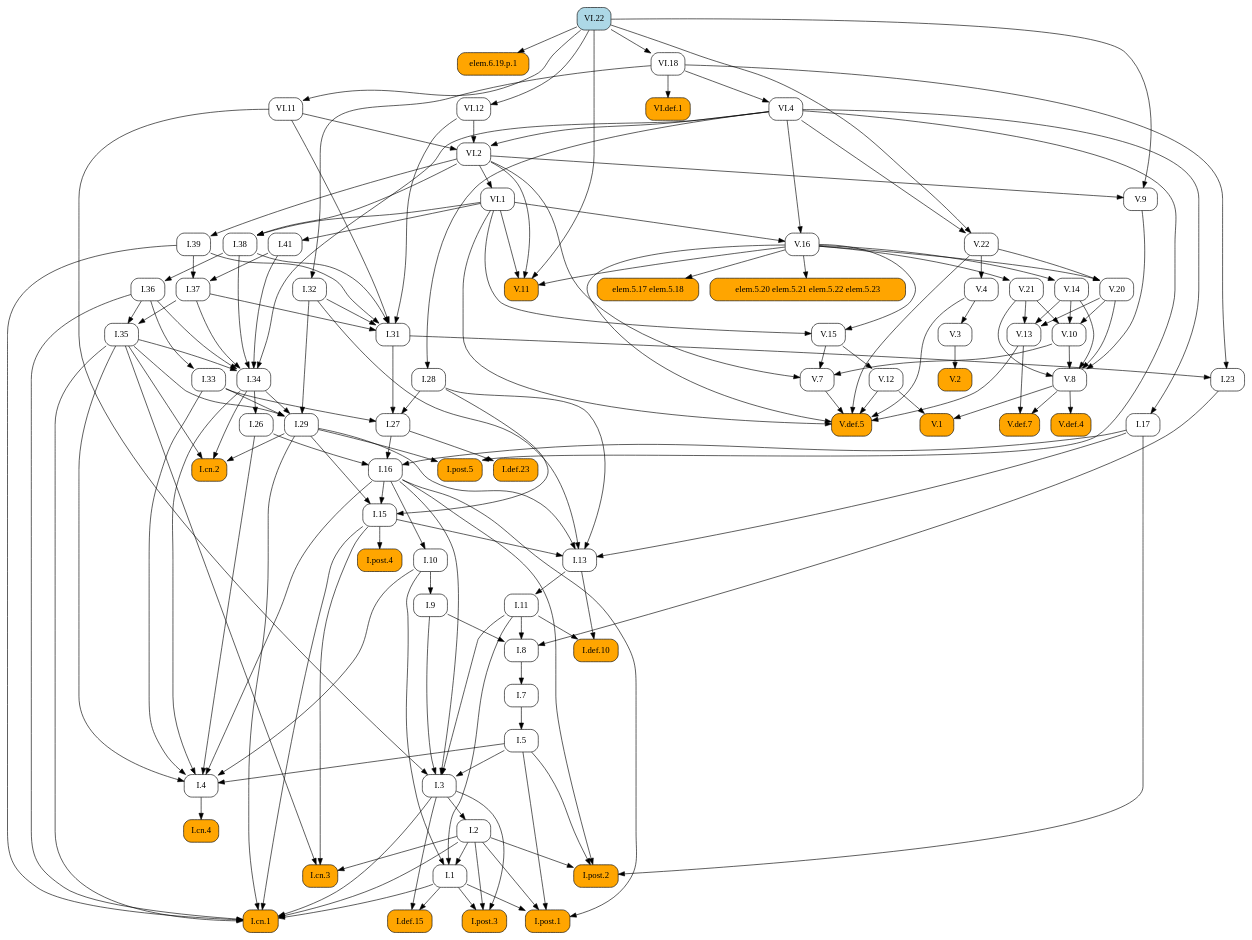
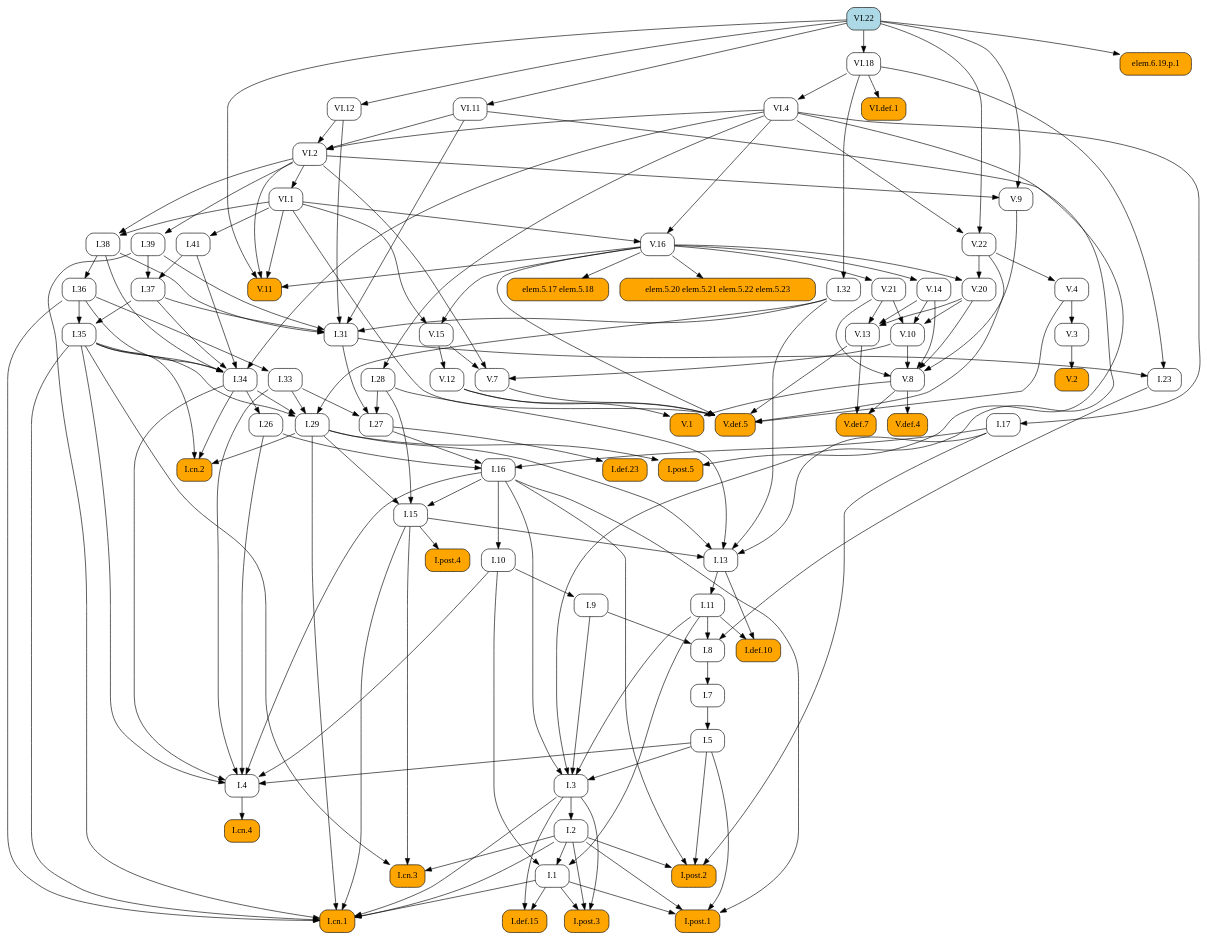
The diagram in docsrc/elements2/VI/22/index.rst (geometor/elements), drawn with Graphviz before and after one commit. The commit also changed other lines of this file and 409 other files, not shown here.

First line of the commit message:
feat: Add image cropping and graphic extraction script

```diff
--- a/docsrc/elements2/VI/22/index.rst
+++ b/docsrc/elements2/VI/22/index.rst
@@ -93,206 +93,101 @@
    digraph {
      rankdir="TB";
      node [shape=box, style=rounded];
-     "V.20" [URL="/elements2/V/20/", target="_top"];
+     "I.31" [URL="/elements2/I/31/", target="_top"];
+     "I.41" [URL="/elements2/I/41/", target="_top"];
+     "V.10" [URL="/elements2/V/10/", target="_top"];
      "I.8" [URL="/elements2/I/8/", target="_top"];
-     "I.36" [URL="/elements2/I/36/", target="_top"];
-     "V.def.5" [style="rounded,filled", fillcolor=orange, URL="/elements2/V/def.5/", target="_top"];
-     "I.38" [URL="/elements2/I/38/", target="_top"];
-     "I.post.5" [style="rounded,filled", fillcolor=orange, URL="/elements2/I/post.5/", target="_top"];
-     "I.def.10" [style="rounded,filled", fillcolor=orange, URL="/elements2/I/def.10/", target="_top"];
-     "I.cn.2" [style="rounded,filled", fillcolor=orange, URL="/elements2/I/cn.2/", target="_top"];
-     "elem.6.19.p.1" [style="rounded,filled", fillcolor=orange];
-     "VI.11" [URL="/elements2/VI/11/", target="_top"];
-     "I.31" [URL="/elements2/I/31/", target="_top"];
-     "I.post.2" [style="rounded,filled", fillcolor=orange, URL="/elements2/I/post.2/", target="_top"];
-     "I.def.23" [style="rounded,filled", fillcolor=orange, URL="/elements2/I/def.23/", target="_top"];
+     "V.8" [URL="/elements2/V/8/", target="_top"];
+     "VI.1" [URL="/elements2/VI/1/", target="_top"];
+     "I.15" [URL="/elements2/I/15/", target="_top"];
      "I.26" [URL="/elements2/I/26/", target="_top"];
-     "VI.22" [style="rounded,filled", fillcolor=lightblue, URL="/elements2/VI/22/", target="_top"];
-     "V.3" [URL="/elements2/V/3/", target="_top"];
-     "I.cn.3" [style="rounded,filled", fillcolor=orange, URL="/elements2/I/cn.3/", target="_top"];
-     "V.2" [style="rounded,filled", fillcolor=orange, URL="/elements2/V/2/", target="_top"];
-     "V.12" [URL="/elements2/V/12/", target="_top"];
-     "V.22" [URL="/elements2/V/22/", target="_top"];
-     "VI.18" [URL="/elements2/VI/18/", target="_top"];
-     "I.41" [URL="/elements2/I/41/", target="_top"];
-     "I.35" [URL="/elements2/I/35/", target="_top"];
-     "I.28" [URL="/elements2/I/28/", target="_top"];
-     "I.27" [URL="/elements2/I/27/", target="_top"];
-     "I.4" [URL="/elements2/I/4/", target="_top"];
-     "V.8" [URL="/elements2/V/8/", target="_top"];
-     "VI.2" [URL="/elements2/VI/2/", target="_top"];
-     "I.39" [URL="/elements2/I/39/", target="_top"];
-     "I.15" [URL="/elements2/I/15/", target="_top"];
-     "I.34" [URL="/elements2/I/34/", target="_top"];
-     "I.post.3" [style="rounded,filled", fillcolor=orange, URL="/elements2/I/post.3/", target="_top"];
-     "I.32" [URL="/elements2/I/32/", target="_top"];
-     "VI.12" [URL="/elements2/VI/12/", target="_top"];
-     "V.def.4" [style="rounded,filled", fillcolor=orange, URL="/elements2/V/def.4/", target="_top"];
-     "I.post.1" [style="rounded,filled", fillcolor=orange, URL="/elements2/I/post.1/", target="_top"];
-     "I.33" [URL="/elements2/I/33/", target="_top"];
-     "I.5" [URL="/elements2/I/5/", target="_top"];
-     "elem.5.17 elem.5.18" [style="rounded,filled", fillcolor=orange];
-     "V.13" [URL="/elements2/V/13/", target="_top"];
-     "V.11" [style="rounded,filled", fillcolor=orange, URL="/elements2/V/11/", target="_top"];
-     "VI.1" [URL="/elements2/VI/1/", target="_top"];
-     "V.9" [URL="/elements2/V/9/", target="_top"];
-     "I.def.15" [style="rounded,filled", fillcolor=orange, URL="/elements2/I/def.15/", target="_top"];
-     "V.16" [URL="/elements2/V/16/", target="_top"];
-     "V.15" [URL="/elements2/V/15/", target="_top"];
-     "I.11" [URL="/elements2/I/11/", target="_top"];
-     "I.3" [URL="/elements2/I/3/", target="_top"];
-     "V.14" [URL="/elements2/V/14/", target="_top"];
-     "VI.4" [URL="/elements2/VI/4/", target="_top"];
-     "V.10" [URL="/elements2/V/10/", target="_top"];
-     "I.1" [URL="/elements2/I/1/", target="_top"];
-     "I.cn.4" [style="rounded,filled", fillcolor=orange, URL="/elements2/I/cn.4/", target="_top"];
-     "I.23" [URL="/elements2/I/23/", target="_top"];
-     "I.7" [URL="/elements2/I/7/", target="_top"];
-     "I.17" [URL="/elements2/I/17/", target="_top"];
-     "I.9" [URL="/elements2/I/9/", target="_top"];
-     "V.1" [style="rounded,filled", fillcolor=orange, URL="/elements2/V/1/", target="_top"];
      "I.cn.1" [style="rounded,filled", fillcolor=orange, URL="/elements2/I/cn.1/", target="_top"];
      "elem.5.20 elem.5.21 elem.5.22 elem.5.23" [style="rounded,filled", fillcolor=orange];
+     "VI.11" [URL="/elements2/VI/11/", target="_top"];
+     "I.28" [URL="/elements2/I/28/", target="_top"];
+     "V.def.5" [style="rounded,filled", fillcolor=orange, URL="/elements2/V/def.5/", target="_top"];
+     "I.16" [URL="/elements2/I/16/", target="_top"];
+     "I.35" [URL="/elements2/I/35/", target="_top"];
+     "I.34" [URL="/elements2/I/34/", target="_top"];
+     "elem.6.19.p.1" [style="rounded,filled", fillcolor=orange];
+     "VI.18" [URL="/elements2/VI/18/", target="_top"];
+     "VI.4" [URL="/elements2/VI/4/", target="_top"];
+     "I.33" [URL="/elements2/I/33/", target="_top"];
+     "V.15" [URL="/elements2/V/15/", target="_top"];
+     "VI.12" [URL="/elements2/VI/12/", target="_top"];
+     "V.4" [URL="/elements2/V/4/", target="_top"];
+     "V.3" [URL="/elements2/V/3/", target="_top"];
+     "I.def.15" [style="rounded,filled", fillcolor=orange, URL="/elements2/I/def.15/", target="_top"];
+     "V.14" [URL="/elements2/V/14/", target="_top"];
+     "elem.5.17 elem.5.18" [style="rounded,filled", fillcolor=orange];
+     "I.11" [URL="/elements2/I/11/", target="_top"];
+     "V.11" [style="rounded,filled", fillcolor=orange, URL="/elements2/V/11/", target="_top"];
+     "I.cn.3" [style="rounded,filled", fillcolor=orange, URL="/elements2/I/cn.3/", target="_top"];
+     "VI.22" [style="rounded,filled", fillcolor=lightblue, URL="/elements2/VI/22/", target="_top"];
+     "I.9" [URL="/elements2/I/9/", target="_top"];
+     "I.29" [URL="/elements2/I/29/", target="_top"];
+     "V.13" [URL="/elements2/V/13/", target="_top"];
+     "I.36" [URL="/elements2/I/36/", target="_top"];
+     "I.post.1" [style="rounded,filled", fillcolor=orange, URL="/elements2/I/post.1/", target="_top"];
+     "V.def.4" [style="rounded,filled", fillcolor=orange, URL="/elements2/V/def.4/", target="_top"];
+     "VI.2" [URL="/elements2/VI/2/", target="_top"];
+     "I.27" [URL="/elements2/I/27/", target="_top"];
+     "V.1" [style="rounded,filled", fillcolor=orange, URL="/elements2/V/1/", target="_top"];
+     "I.cn.4" [style="rounded,filled", fillcolor=orange, URL="/elements2/I/cn.4/", target="_top"];
+     "I.post.4" [style="rounded,filled", fillcolor=orange, URL="/elements2/I/post.4/", target="_top"];
+     "I.cn.2" [style="rounded,filled", fillcolor=orange, URL="/elements2/I/cn.2/", target="_top"];
      "V.7" [URL="/elements2/V/7/", target="_top"];
-     "I.29" [URL="/elements2/I/29/", target="_top"];
-     "I.16" [URL="/elements2/I/16/", target="_top"];
+     "I.37" [URL="/elements2/I/37/", target="_top"];
+     "V.21" [URL="/elements2/V/21/", target="_top"];
+     "I.5" [URL="/elements2/I/5/", target="_top"];
+     "V.def.7" [style="rounded,filled", fillcolor=orange, URL="/elements2/V/def.7/", target="_top"];
+     "I.17" [URL="/elements2/I/17/", target="_top"];
+     "V.12" [URL="/elements2/V/12/", target="_top"];
+     "I.32" [URL="/elements2/I/32/", target="_top"];
+     "I.7" [URL="/elements2/I/7/", target="_top"];
+     "I.23" [URL="/elements2/I/23/", target="_top"];
+     "V.9" [URL="/elements2/V/9/", target="_top"];
+     "V.2" [style="rounded,filled", fillcolor=orange, URL="/elements2/V/2/", target="_top"];
+     "I.38" [URL="/elements2/I/38/", target="_top"];
+     "V.20" [URL="/elements2/V/20/", target="_top"];
+     "I.def.23" [style="rounded,filled", fillcolor=orange, URL="/elements2/I/def.23/", target="_top"];
+     "I.def.10" [style="rounded,filled", fillcolor=orange, URL="/elements2/I/def.10/", target="_top"];
+     "V.16" [URL="/elements2/V/16/", target="_top"];
+     "I.post.5" [style="rounded,filled", fillcolor=orange, URL="/elements2/I/post.5/", target="_top"];
+     "I.3" [URL="/elements2/I/3/", target="_top"];
+     "I.10" [URL="/elements2/I/10/", target="_top"];
      "I.13" [URL="/elements2/I/13/", target="_top"];
-     "V.21" [URL="/elements2/V/21/", target="_top"];
-     "I.post.4" [style="rounded,filled", fillcolor=orange, URL="/elements2/I/post.4/", target="_top"];
+     "I.post.3" [style="rounded,filled", fillcolor=orange, URL="/elements2/I/post.3/", target="_top"];
+     "I.4" [URL="/elements2/I/4/", target="_top"];
+     "I.39" [URL="/elements2/I/39/", target="_top"];
+     "I.2" [URL="/elements2/I/2/", target="_top"];
      "VI.def.1" [style="rounded,filled", fillcolor=orange, URL="/elements2/VI/def.1/", target="_top"];
-     "I.2" [URL="/elements2/I/2/", target="_top"];
-     "I.37" [URL="/elements2/I/37/", target="_top"];
-     "I.10" [URL="/elements2/I/10/", target="_top"];
-     "V.def.7" [style="rounded,filled", fillcolor=orange, URL="/elements2/V/def.7/", target="_top"];
-     "V.4" [URL="/elements2/V/4/", target="_top"];
-     "V.16" -> "V.20";
-     "V.22" -> "V.20";
-     "I.9" -> "I.8";
-     "I.11" -> "I.8";
-     "I.23" -> "I.8";
-     "I.38" -> "I.36";
-     "V.4" -> "V.def.5";
-     "V.7" -> "V.def.5";
-     "V.12" -> "V.def.5";
-     "V.13" -> "V.def.5";
-     "V.16" -> "V.def.5";
-     "V.22" -> "V.def.5";
-     "VI.1" -> "V.def.5";
-     "VI.1" -> "I.38";
-     "VI.2" -> "I.38";
-     "I.29" -> "I.post.5";
-     "VI.4" -> "I.post.5";
-     "I.11" -> "I.def.10";
-     "I.13" -> "I.def.10";
-     "I.29" -> "I.cn.2";
-     "I.34" -> "I.cn.2";
-     "I.35" -> "I.cn.2";
-     "VI.22" -> "elem.6.19.p.1";
-     "VI.22" -> "VI.11";
+     "I.1" [URL="/elements2/I/1/", target="_top"];
+     "I.post.2" [style="rounded,filled", fillcolor=orange, URL="/elements2/I/post.2/", target="_top"];
+     "V.22" [URL="/elements2/V/22/", target="_top"];
      "I.32" -> "I.31";
      "I.37" -> "I.31";
      "I.38" -> "I.31";
      "I.39" -> "I.31";
      "VI.11" -> "I.31";
      "VI.12" -> "I.31";
-     "I.2" -> "I.post.2";
-     "I.5" -> "I.post.2";
-     "I.16" -> "I.post.2";
-     "I.17" -> "I.post.2";
-     "I.27" -> "I.def.23";
-     "I.34" -> "I.26";
-     "V.4" -> "V.3";
-     "I.2" -> "I.cn.3";
-     "I.15" -> "I.cn.3";
-     "I.35" -> "I.cn.3";
-     "V.3" -> "V.2";
-     "V.15" -> "V.12";
-     "VI.4" -> "V.22";
-     "VI.22" -> "V.22";
-     "VI.22" -> "VI.18";
      "VI.1" -> "I.41";
-     "I.36" -> "I.35";
-     "I.37" -> "I.35";
-     "VI.4" -> "I.28";
-     "I.28" -> "I.27";
-     "I.31" -> "I.27";
-     "I.33" -> "I.27";
-     "I.5" -> "I.4";
-     "I.10" -> "I.4";
-     "I.16" -> "I.4";
-     "I.26" -> "I.4";
-     "I.33" -> "I.4";
-     "I.34" -> "I.4";
-     "I.35" -> "I.4";
+     "V.14" -> "V.10";
+     "V.20" -> "V.10";
+     "V.21" -> "V.10";
+     "I.9" -> "I.8";
+     "I.11" -> "I.8";
+     "I.23" -> "I.8";
      "V.9" -> "V.8";
      "V.10" -> "V.8";
      "V.14" -> "V.8";
      "V.20" -> "V.8";
      "V.21" -> "V.8";
-     "VI.4" -> "VI.2";
-     "VI.11" -> "VI.2";
-     "VI.12" -> "VI.2";
-     "VI.2" -> "I.39";
+     "VI.2" -> "VI.1";
      "I.16" -> "I.15";
      "I.28" -> "I.15";
      "I.29" -> "I.15";
-     "I.35" -> "I.34";
-     "I.36" -> "I.34";
-     "I.37" -> "I.34";
-     "I.38" -> "I.34";
-     "I.41" -> "I.34";
-     "VI.4" -> "I.34";
-     "I.1" -> "I.post.3";
-     "I.2" -> "I.post.3";
-     "I.3" -> "I.post.3";
-     "VI.18" -> "I.32";
-     "VI.22" -> "VI.12";
-     "V.8" -> "V.def.4";
-     "I.1" -> "I.post.1";
-     "I.2" -> "I.post.1";
-     "I.5" -> "I.post.1";
-     "I.16" -> "I.post.1";
-     "I.36" -> "I.33";
-     "I.7" -> "I.5";
-     "V.16" -> "elem.5.17 elem.5.18";
-     "V.14" -> "V.13";
-     "V.20" -> "V.13";
-     "V.21" -> "V.13";
-     "V.16" -> "V.11";
-     "VI.1" -> "V.11";
-     "VI.2" -> "V.11";
-     "VI.22" -> "V.11";
-     "VI.2" -> "VI.1";
-     "VI.2" -> "V.9";
-     "VI.22" -> "V.9";
-     "I.1" -> "I.def.15";
-     "I.3" -> "I.def.15";
-     "VI.1" -> "V.16";
-     "VI.4" -> "V.16";
-     "V.16" -> "V.15";
-     "VI.1" -> "V.15";
-     "I.13" -> "I.11";
-     "I.5" -> "I.3";
-     "I.9" -> "I.3";
-     "I.11" -> "I.3";
-     "I.16" -> "I.3";
-     "VI.11" -> "I.3";
-     "V.16" -> "V.14";
-     "VI.18" -> "VI.4";
-     "V.14" -> "V.10";
-     "V.20" -> "V.10";
-     "V.21" -> "V.10";
-     "I.2" -> "I.1";
-     "I.10" -> "I.1";
-     "I.11" -> "I.1";
-     "I.4" -> "I.cn.4";
-     "I.31" -> "I.23";
-     "VI.18" -> "I.23";
-     "I.8" -> "I.7";
-     "VI.4" -> "I.17";
-     "I.10" -> "I.9";
-     "V.8" -> "V.1";
-     "V.12" -> "V.1";
+     "I.34" -> "I.26";
      "I.1" -> "I.cn.1";
      "I.2" -> "I.cn.1";
      "I.3" -> "I.cn.1";
@@ -302,29 +197,134 @@
      "I.36" -> "I.cn.1";
      "I.39" -> "I.cn.1";
      "V.16" -> "elem.5.20 elem.5.21 elem.5.22 elem.5.23";
-     "V.10" -> "V.7";
-     "V.15" -> "V.7";
-     "VI.2" -> "V.7";
+     "VI.22" -> "VI.11";
+     "VI.4" -> "I.28";
+     "V.4" -> "V.def.5";
+     "V.7" -> "V.def.5";
+     "V.12" -> "V.def.5";
+     "V.13" -> "V.def.5";
+     "V.16" -> "V.def.5";
+     "V.22" -> "V.def.5";
+     "VI.1" -> "V.def.5";
+     "I.17" -> "I.16";
+     "I.26" -> "I.16";
+     "I.27" -> "I.16";
+     "I.36" -> "I.35";
+     "I.37" -> "I.35";
+     "I.35" -> "I.34";
+     "I.36" -> "I.34";
+     "I.37" -> "I.34";
+     "I.38" -> "I.34";
+     "I.41" -> "I.34";
+     "VI.4" -> "I.34";
+     "VI.22" -> "elem.6.19.p.1";
+     "VI.22" -> "VI.18";
+     "VI.18" -> "VI.4";
+     "I.36" -> "I.33";
+     "V.16" -> "V.15";
+     "VI.1" -> "V.15";
+     "VI.22" -> "VI.12";
+     "V.22" -> "V.4";
+     "V.4" -> "V.3";
+     "I.1" -> "I.def.15";
+     "I.3" -> "I.def.15";
+     "V.16" -> "V.14";
+     "V.16" -> "elem.5.17 elem.5.18";
+     "I.13" -> "I.11";
+     "V.16" -> "V.11";
+     "VI.1" -> "V.11";
+     "VI.2" -> "V.11";
+     "VI.22" -> "V.11";
+     "I.2" -> "I.cn.3";
+     "I.15" -> "I.cn.3";
+     "I.35" -> "I.cn.3";
+     "I.10" -> "I.9";
      "I.32" -> "I.29";
      "I.33" -> "I.29";
      "I.34" -> "I.29";
      "I.35" -> "I.29";
-     "I.17" -> "I.16";
-     "I.26" -> "I.16";
-     "I.27" -> "I.16";
+     "V.14" -> "V.13";
+     "V.20" -> "V.13";
+     "V.21" -> "V.13";
+     "I.38" -> "I.36";
+     "I.1" -> "I.post.1";
+     "I.2" -> "I.post.1";
+     "I.5" -> "I.post.1";
+     "I.16" -> "I.post.1";
+     "V.8" -> "V.def.4";
+     "VI.4" -> "VI.2";
+     "VI.11" -> "VI.2";
+     "VI.12" -> "VI.2";
+     "I.28" -> "I.27";
+     "I.31" -> "I.27";
+     "I.33" -> "I.27";
+     "V.8" -> "V.1";
+     "V.12" -> "V.1";
+     "I.4" -> "I.cn.4";
+     "I.15" -> "I.post.4";
+     "I.29" -> "I.cn.2";
+     "I.34" -> "I.cn.2";
+     "I.35" -> "I.cn.2";
+     "V.10" -> "V.7";
+     "V.15" -> "V.7";
+     "VI.2" -> "V.7";
+     "I.39" -> "I.37";
+     "I.41" -> "I.37";
+     "V.16" -> "V.21";
+     "I.7" -> "I.5";
+     "V.8" -> "V.def.7";
+     "V.13" -> "V.def.7";
+     "VI.4" -> "I.17";
+     "V.15" -> "V.12";
+     "VI.18" -> "I.32";
+     "I.8" -> "I.7";
+     "I.31" -> "I.23";
+     "VI.18" -> "I.23";
+     "VI.2" -> "V.9";
+     "VI.22" -> "V.9";
+     "V.3" -> "V.2";
+     "VI.1" -> "I.38";
+     "VI.2" -> "I.38";
+     "V.16" -> "V.20";
+     "V.22" -> "V.20";
+     "I.27" -> "I.def.23";
+     "I.11" -> "I.def.10";
+     "I.13" -> "I.def.10";
+     "VI.1" -> "V.16";
+     "VI.4" -> "V.16";
+     "I.29" -> "I.post.5";
+     "VI.4" -> "I.post.5";
+     "I.5" -> "I.3";
+     "I.9" -> "I.3";
+     "I.11" -> "I.3";
+     "I.16" -> "I.3";
+     "VI.11" -> "I.3";
+     "I.16" -> "I.10";
      "I.15" -> "I.13";
      "I.17" -> "I.13";
      "I.28" -> "I.13";
      "I.29" -> "I.13";
      "I.32" -> "I.13";
-     "V.16" -> "V.21";
-     "I.15" -> "I.post.4";
+     "I.1" -> "I.post.3";
+     "I.2" -> "I.post.3";
+     "I.3" -> "I.post.3";
+     "I.5" -> "I.4";
+     "I.10" -> "I.4";
+     "I.16" -> "I.4";
+     "I.26" -> "I.4";
+     "I.33" -> "I.4";
+     "I.34" -> "I.4";
+     "I.35" -> "I.4";
+     "VI.2" -> "I.39";
+     "I.3" -> "I.2";
      "VI.18" -> "VI.def.1";
-     "I.3" -> "I.2";
-     "I.39" -> "I.37";
-     "I.41" -> "I.37";
-     "I.16" -> "I.10";
-     "V.8" -> "V.def.7";
-     "V.13" -> "V.def.7";
-     "V.22" -> "V.4";
+     "I.2" -> "I.1";
+     "I.10" -> "I.1";
+     "I.11" -> "I.1";
+     "I.2" -> "I.post.2";
+     "I.5" -> "I.post.2";
+     "I.16" -> "I.post.2";
+     "I.17" -> "I.post.2";
+     "VI.4" -> "V.22";
+     "VI.22" -> "V.22";
    }
```
